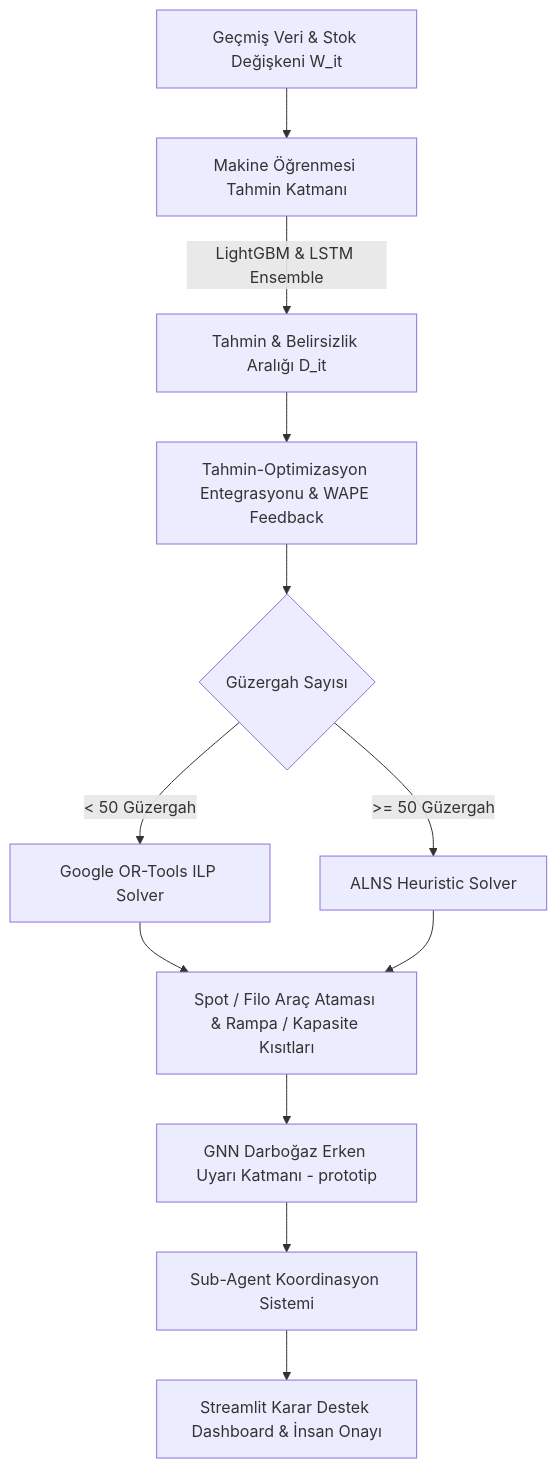
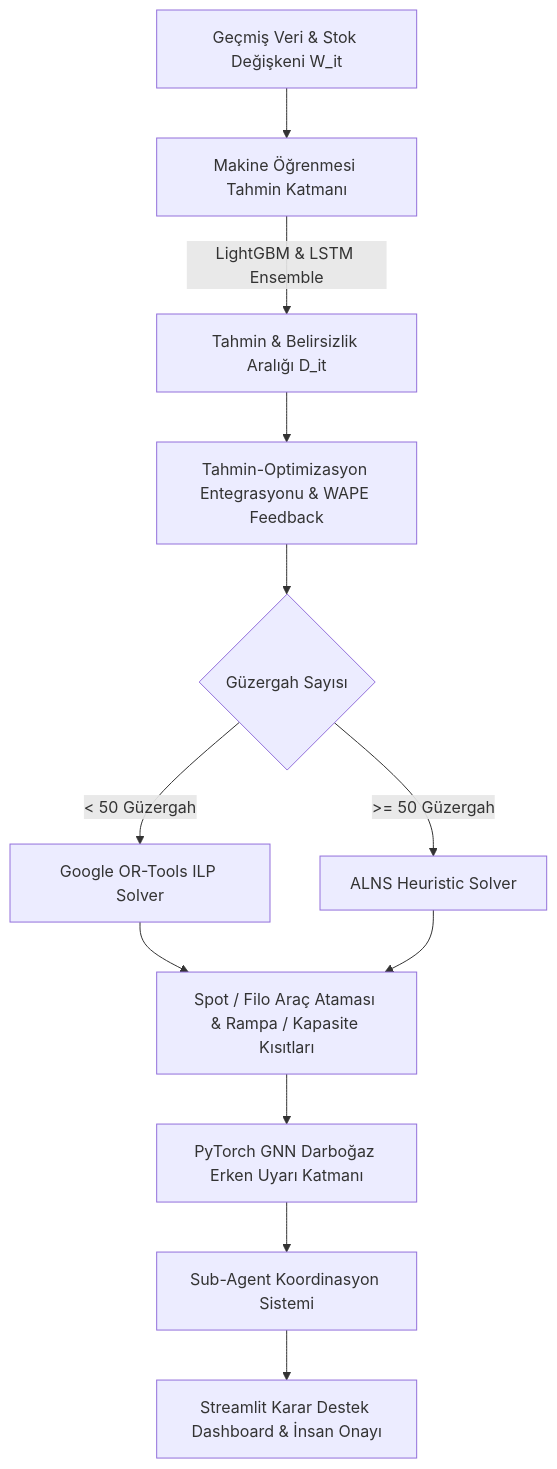
One commit to Umutcagn/logistics-fleet-network-optimization changed the diagram in README.md. Above: the diagram before and after it, drawn with Mermaid. The commit also changed other lines of this file and 7 other files, not shown here.

````diff
--- a/README.md
+++ b/README.md
@@ -34,14 +34,14 @@
 ```mermaid
 graph TD
     A[Geçmiş Veri & Stok Değişkeni W_it] --> B[Makine Öğrenmesi Tahmin Katmanı]
     B -->|LightGBM & LSTM Ensemble| C[Tahmin & Belirsizlik Aralığı D_it]
     C --> D[Tahmin-Optimizasyon Entegrasyonu & WAPE Feedback]
     D --> E{Güzergah Sayısı}
     E -->|< 50 Güzergah| F[Google OR-Tools ILP Solver]
     E -->|>= 50 Güzergah| G[ALNS Heuristic Solver]
     F --> H[Spot / Filo Araç Ataması & Rampa / Kapasite Kısıtları]
     G --> H
-    H --> I[GNN Darboğaz Erken Uyarı Katmanı - prototip]
+    H --> I[PyTorch GNN Darboğaz Erken Uyarı Katmanı]
     I --> J[Sub-Agent Koordinasyon Sistemi]
     J --> K[Streamlit Karar Destek Dashboard & İnsan Onayı]
 ```
````
